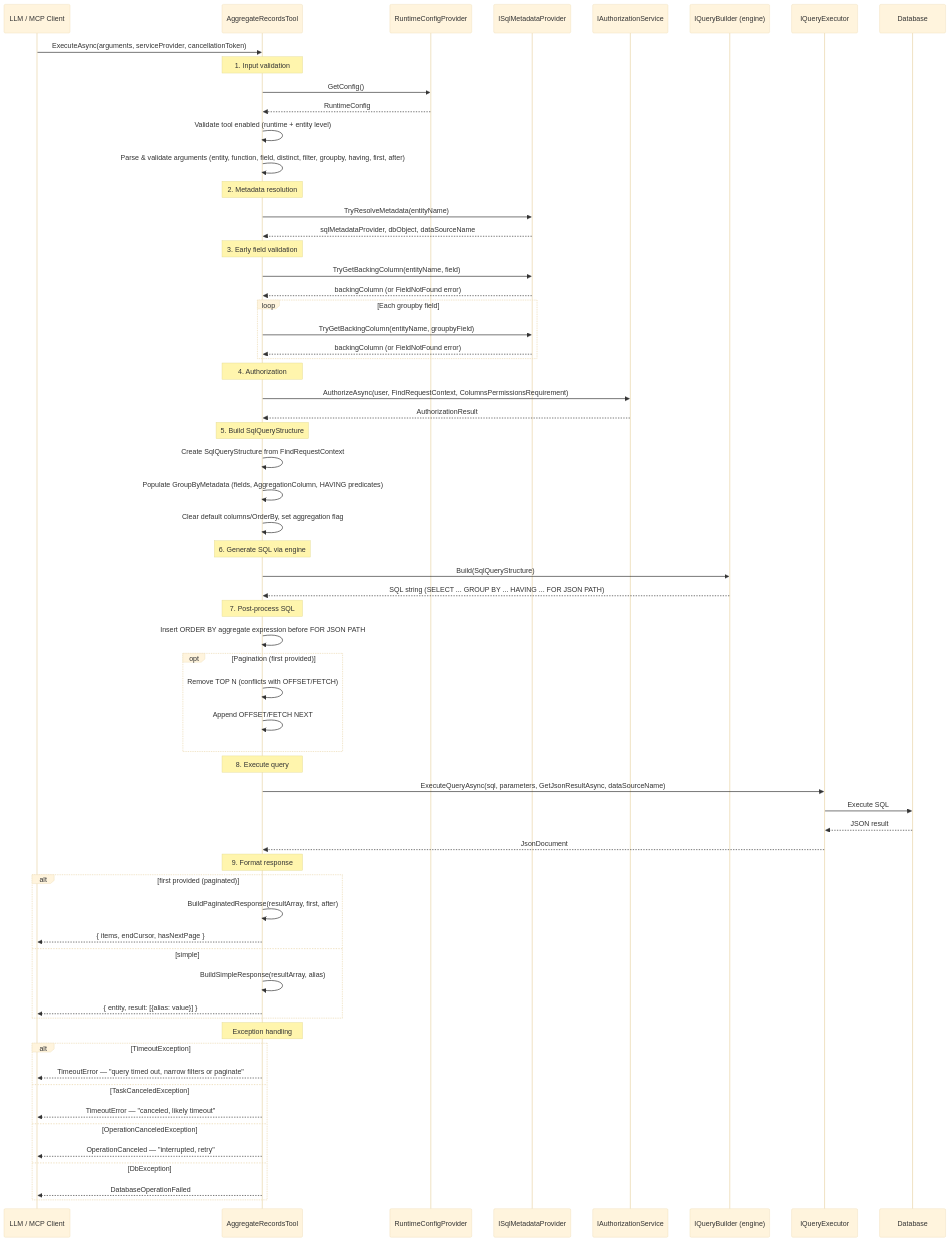
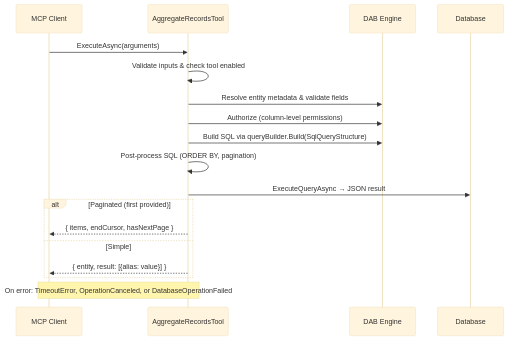
One commit to Azure/data-api-builder changed the diagram in src/Azure.DataApiBuilder.Mcp/BuiltInTools/AggregateRecordsTool.md. Above: the diagram before and after it, drawn with Mermaid (base theme). The commit also changed other lines of this file, not shown here.

Commit message:
Simplify sequence diagram and expand design decisions

````diff
--- a/src/Azure.DataApiBuilder.Mcp/BuiltInTools/AggregateRecordsTool.md
+++ b/src/Azure.DataApiBuilder.Mcp/BuiltInTools/AggregateRecordsTool.md
@@ -20,77 +20,22 @@
 ```mermaid
 sequenceDiagram
-    participant Model as LLM / MCP Client
+    participant Client as MCP Client
     participant Tool as AggregateRecordsTool
-    participant Config as RuntimeConfigProvider
-    participant Meta as ISqlMetadataProvider
-    participant Auth as IAuthorizationService
-    participant QB as IQueryBuilder (engine)
-    participant QE as IQueryExecutor
+    participant Engine as DAB Engine
     participant DB as Database
 
-    Model->>Tool: ExecuteAsync(arguments, serviceProvider, cancellationToken)
-
-    Note over Tool: 1. Input validation
-    Tool->>Config: GetConfig()
-    Config-->>Tool: RuntimeConfig
-    Tool->>Tool: Validate tool enabled (runtime + entity level)
-    Tool->>Tool: Parse & validate arguments (entity, function, field, distinct, filter, groupby, having, first, after)
-
-    Note over Tool: 2. Metadata resolution
-    Tool->>Meta: TryResolveMetadata(entityName)
-    Meta-->>Tool: sqlMetadataProvider, dbObject, dataSourceName
-
-    Note over Tool: 3. Early field validation
-    Tool->>Meta: TryGetBackingColumn(entityName, field)
-    Meta-->>Tool: backingColumn (or FieldNotFound error)
-    loop Each groupby field
-        Tool->>Meta: TryGetBackingColumn(entityName, groupbyField)
-        Meta-->>Tool: backingColumn (or FieldNotFound error)
+    Client->>Tool: ExecuteAsync(arguments)
+    Tool->>Tool: Validate inputs & check tool enabled
+    Tool->>Engine: Resolve entity metadata & validate fields
+    Tool->>Engine: Authorize (column-level permissions)
+    Tool->>Engine: Build SQL via queryBuilder.Build(SqlQueryStructure)
+    Tool->>Tool: Post-process SQL (ORDER BY, pagination)
+    Tool->>DB: ExecuteQueryAsync → JSON result
+    alt Paginated (first provided)
+        Tool-->>Client: { items, endCursor, hasNextPage }
+    else Simple
+        Tool-->>Client: { entity, result: [{alias: value}] }
     end
 
-    Note over Tool: 4. Authorization
-    Tool->>Auth: AuthorizeAsync(user, FindRequestContext, ColumnsPermissionsRequirement)
-    Auth-->>Tool: AuthorizationResult
-
-    Note over Tool: 5. Build SqlQueryStructure
-    Tool->>Tool: Create SqlQueryStructure from FindRequestContext
-    Tool->>Tool: Populate GroupByMetadata (fields, AggregationColumn, HAVING predicates)
-    Tool->>Tool: Clear default columns/OrderBy, set aggregation flag
-
-    Note over Tool: 6. Generate SQL via engine
-    Tool->>QB: Build(SqlQueryStructure)
-    QB-->>Tool: SQL string (SELECT ... GROUP BY ... HAVING ... FOR JSON PATH)
-
-    Note over Tool: 7. Post-process SQL
-    Tool->>Tool: Insert ORDER BY aggregate expression before FOR JSON PATH
-    opt Pagination (first provided)
-        Tool->>Tool: Remove TOP N (conflicts with OFFSET/FETCH)
-        Tool->>Tool: Append OFFSET/FETCH NEXT
-    end
-
-    Note over Tool: 8. Execute query
-    Tool->>QE: ExecuteQueryAsync(sql, parameters, GetJsonResultAsync, dataSourceName)
-    QE->>DB: Execute SQL
-    DB-->>QE: JSON result
-    QE-->>Tool: JsonDocument
-
-    Note over Tool: 9. Format response
-    alt first provided (paginated)
-        Tool->>Tool: BuildPaginatedResponse(resultArray, first, after)
-        Tool-->>Model: { items, endCursor, hasNextPage }
-    else simple
-        Tool->>Tool: BuildSimpleResponse(resultArray, alias)
-        Tool-->>Model: { entity, result: [{alias: value}] }
-    end
-
-    Note over Tool: Exception handling
-    alt TimeoutException
-        Tool-->>Model: TimeoutError — "query timed out, narrow filters or paginate"
-    else TaskCanceledException
-        Tool-->>Model: TimeoutError — "canceled, likely timeout"
-    else OperationCanceledException
-        Tool-->>Model: OperationCanceled — "interrupted, retry"
-    else DbException
-        Tool-->>Model: DatabaseOperationFailed
-    end
+    Note over Tool,Client: On error: TimeoutError, OperationCanceled, or DatabaseOperationFailed
 ```
````
